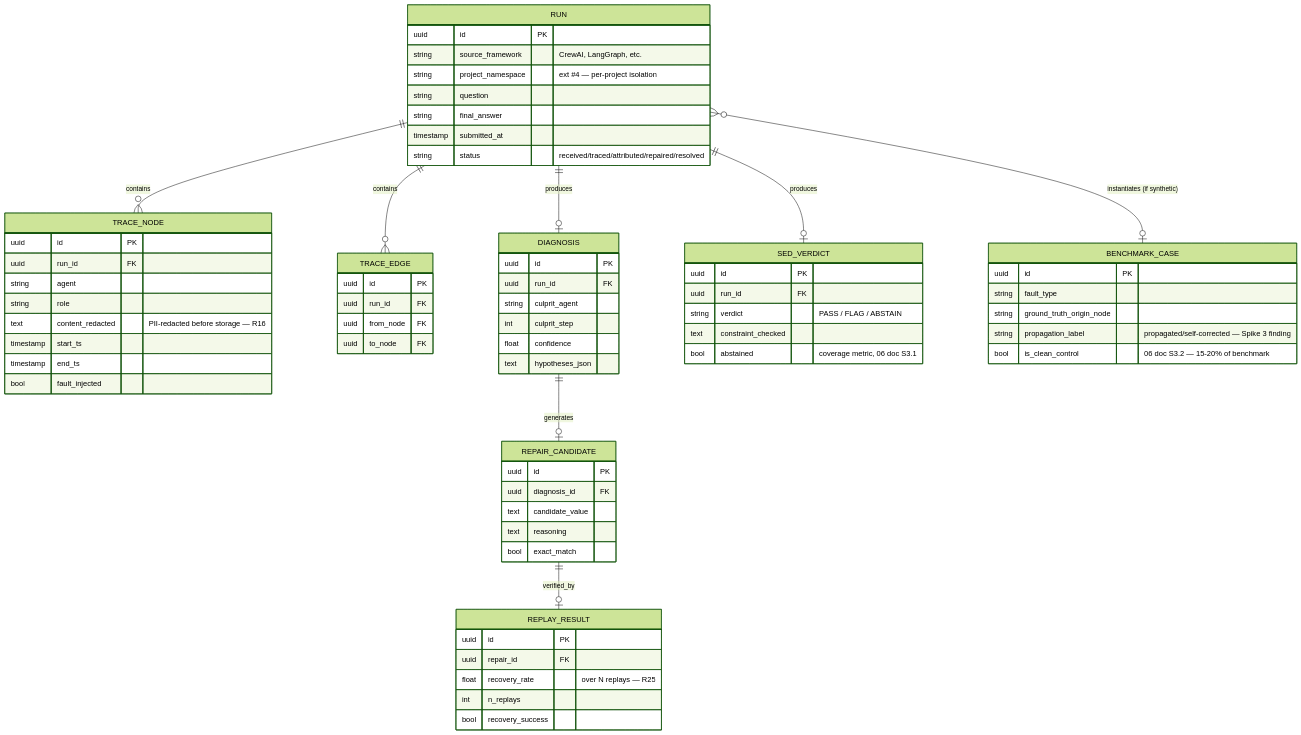
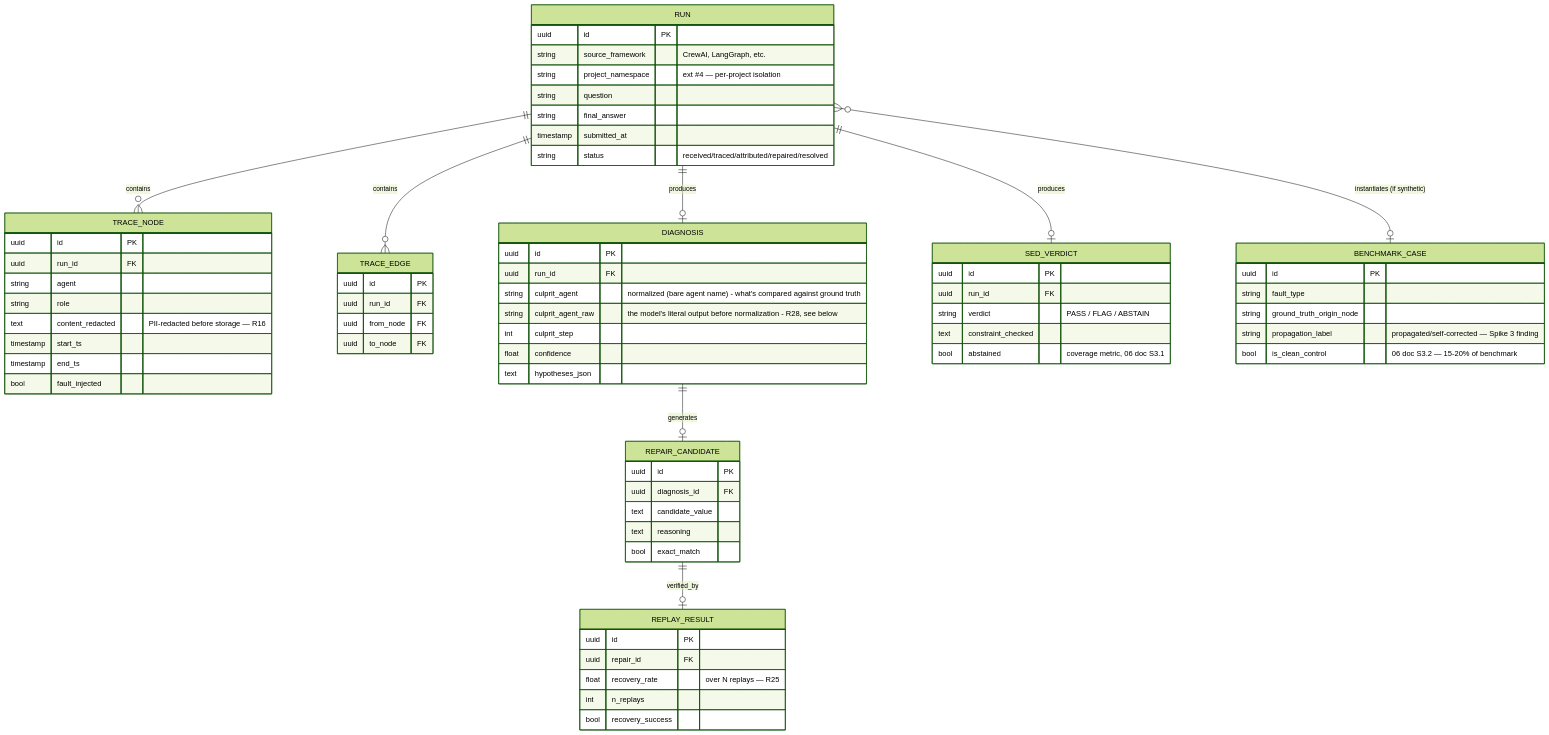
Before and after one commit to Shahoud867/Final-Year-Project: the fourth of 7 diagrams in markdowns/01-planning-and-scope/Software_Design_Specification.md, drawn with Mermaid (forest theme). The commit also changed other lines of this file, not shown here.

First line of the commit message:
fix: resolve SDS Section 14 Case 6 at the schema level

````diff
--- a/markdowns/01-planning-and-scope/Software_Design_Specification.md
+++ b/markdowns/01-planning-and-scope/Software_Design_Specification.md
@@ -165,72 +165,73 @@
 ```mermaid
 erDiagram
     RUN ||--o{ TRACE_NODE : contains
     RUN ||--o{ TRACE_EDGE : contains
     RUN ||--o| DIAGNOSIS : produces
     RUN ||--o| SED_VERDICT : produces
     RUN }o--o| BENCHMARK_CASE : "instantiates (if synthetic)"
     DIAGNOSIS ||--o| REPAIR_CANDIDATE : generates
     REPAIR_CANDIDATE ||--o| REPLAY_RESULT : verified_by
 
     RUN {
         uuid id PK
         string source_framework "CrewAI, LangGraph, etc."
         string project_namespace "ext #4 — per-project isolation"
         string question
         string final_answer
         timestamp submitted_at
         string status "received/traced/attributed/repaired/resolved"
     }
     TRACE_NODE {
         uuid id PK
         uuid run_id FK
         string agent
         string role
         text content_redacted "PII-redacted before storage — R16"
         timestamp start_ts
         timestamp end_ts
         bool fault_injected
     }
     TRACE_EDGE {
         uuid id PK
         uuid run_id FK
         uuid from_node FK
         uuid to_node FK
     }
     DIAGNOSIS {
         uuid id PK
         uuid run_id FK
-        string culprit_agent
+        string culprit_agent "normalized (bare agent name) - what's compared against ground truth"
+        string culprit_agent_raw "the model's literal output before normalization - R28, see below"
         int culprit_step
         float confidence
         text hypotheses_json
     }
     SED_VERDICT {
         uuid id PK
         uuid run_id FK
         string verdict "PASS / FLAG / ABSTAIN"
         text constraint_checked
         bool abstained "coverage metric, 06 doc S3.1"
     }
     REPAIR_CANDIDATE {
         uuid id PK
         uuid diagnosis_id FK
         text candidate_value
         text reasoning
         bool exact_match
     }
     REPLAY_RESULT {
         uuid id PK
         uuid repair_id FK
         float recovery_rate "over N replays — R25"
         int n_replays
         bool recovery_success
     }
     BENCHMARK_CASE {
         uuid id PK
         string fault_type
         string ground_truth_origin_node
         string propagation_label "propagated/self-corrected — Spike 3 finding"
         bool is_clean_control "06 doc S3.2 — 15-20% of benchmark"
     }
 ```
````
